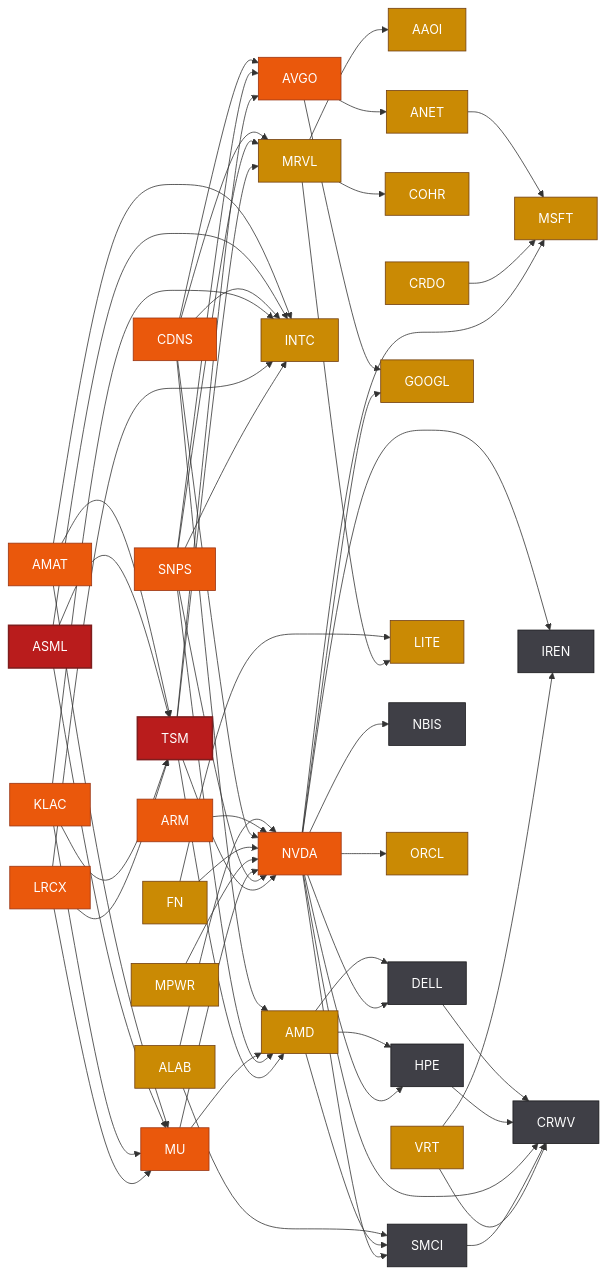
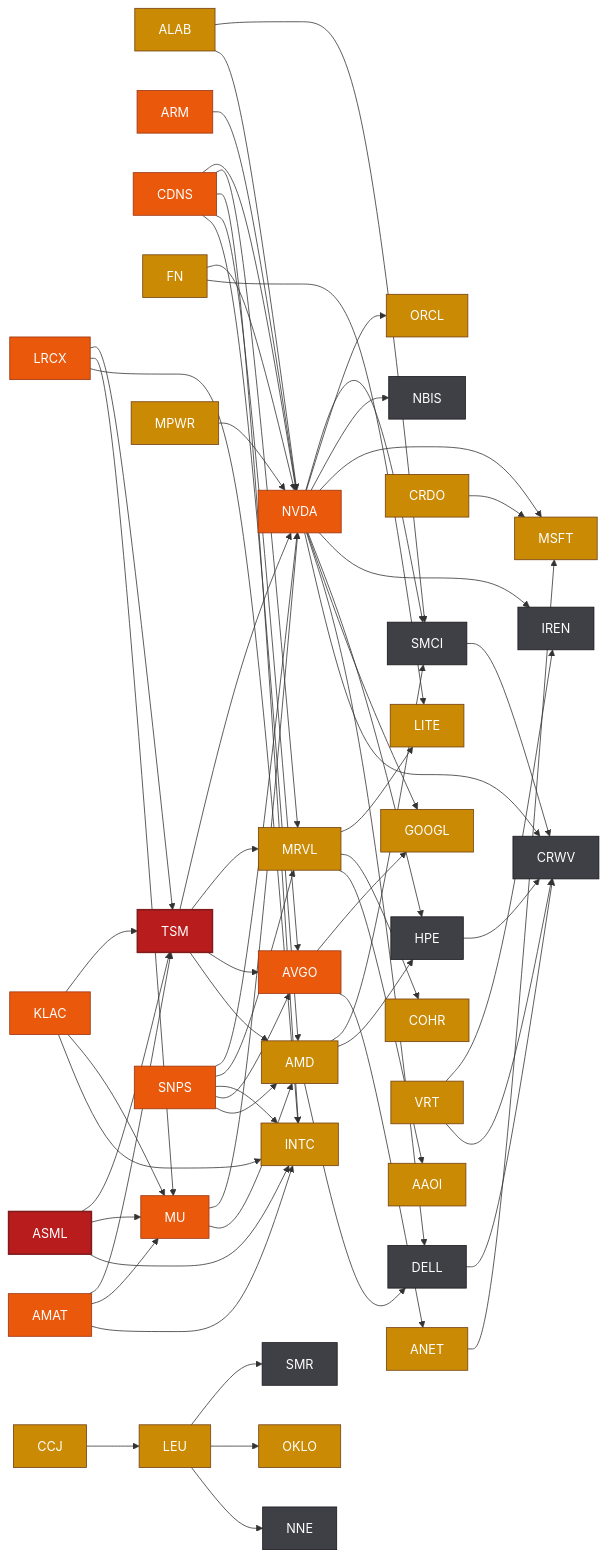
Before and after one commit to Ali0600/stocks-vault: the diagram in Maps/AI Supply Chain.md, drawn with Mermaid. The commit also changed other lines of this file and 16 other files, not shown here.

```diff
--- a/Maps/AI Supply Chain.md
+++ b/Maps/AI Supply Chain.md
@@ -97,6 +98,7 @@
   ARM[ARM]:::high
   ASML[ASML]:::extreme
   AVGO[AVGO]:::high
+  CCJ[CCJ]:::medium
   CDNS[CDNS]:::high
   COHR[COHR]:::medium
   CRDO[CRDO]:::medium
@@ -108,6 +110,7 @@
   INTC[INTC]:::medium
   IREN[IREN]:::low
   KLAC[KLAC]:::high
+  LEU[LEU]:::medium
   LITE[LITE]:::medium
   LRCX[LRCX]:::high
   MPWR[MPWR]:::medium
@@ -115,9 +118,12 @@
   MSFT[MSFT]:::medium
   MU[MU]:::high
   NBIS[NBIS]:::low
+  NNE[NNE]:::low
   NVDA[NVDA]:::high
+  OKLO[OKLO]:::medium
   ORCL[ORCL]:::medium
   SMCI[SMCI]:::low
+  SMR[SMR]:::low
   SNPS[SNPS]:::high
   TSM[TSM]:::extreme
   VRT[VRT]:::medium
@@ -136,6 +142,7 @@
   ASML --> TSM
   AVGO --> ANET
   AVGO --> GOOGL
+  CCJ --> LEU
   CDNS --> AMD
   CDNS --> AVGO
   CDNS --> INTC
@@ -149,6 +156,9 @@
   KLAC --> INTC
   KLAC --> MU
   KLAC --> TSM
+  LEU --> NNE
+  LEU --> OKLO
+  LEU --> SMR
   LRCX --> INTC
   LRCX --> MU
   LRCX --> TSM
```
